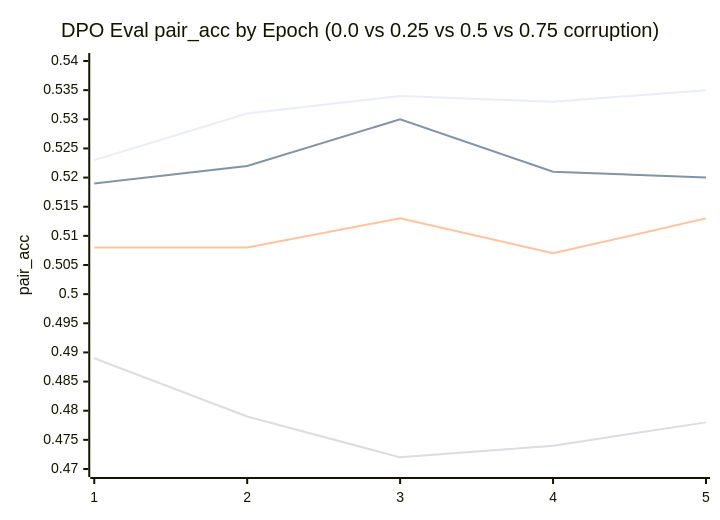
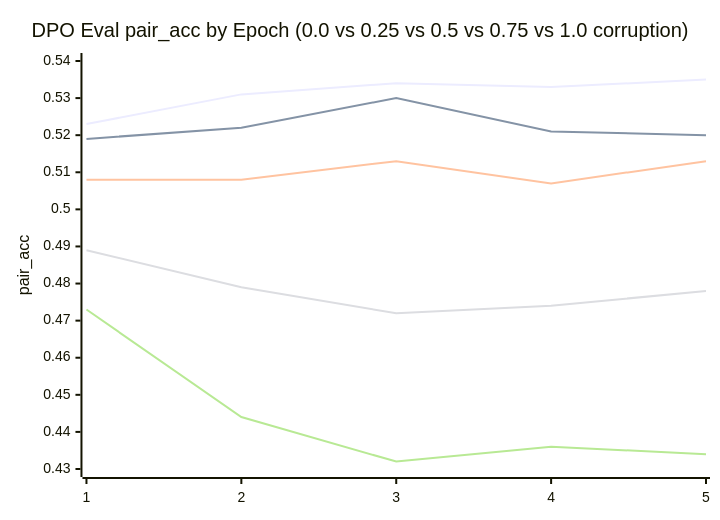
Before and after one commit to ethanlou36/implicit_finetuning: the second of 2 diagrams in README.md, drawn with Mermaid. The commit also changed other lines of this file, not shown here.

````diff
--- a/README.md
+++ b/README.md
@@ -134,10 +135,11 @@
 ```mermaid
 xychart-beta
-    title "DPO Eval pair_acc by Epoch (0.0 vs 0.25 vs 0.5 vs 0.75 corruption)"
+    title "DPO Eval pair_acc by Epoch (0.0 vs 0.25 vs 0.5 vs 0.75 vs 1.0 corruption)"
     x-axis [1, 2, 3, 4, 5]
-    y-axis "pair_acc" 0.47 --> 0.54
+    y-axis "pair_acc" 0.43 --> 0.54
     line [0.523, 0.531, 0.534, 0.533, 0.535]
     line [0.519, 0.522, 0.530, 0.521, 0.520]
     line [0.508, 0.508, 0.513, 0.507, 0.513]
     line [0.489, 0.479, 0.472, 0.474, 0.478]
+    line [0.473, 0.444, 0.432, 0.436, 0.434]
 ```
````
